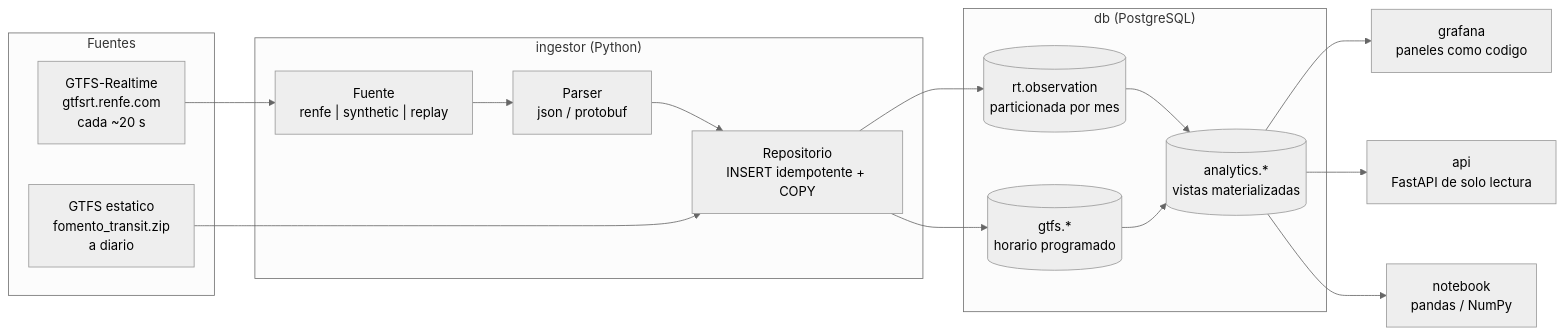
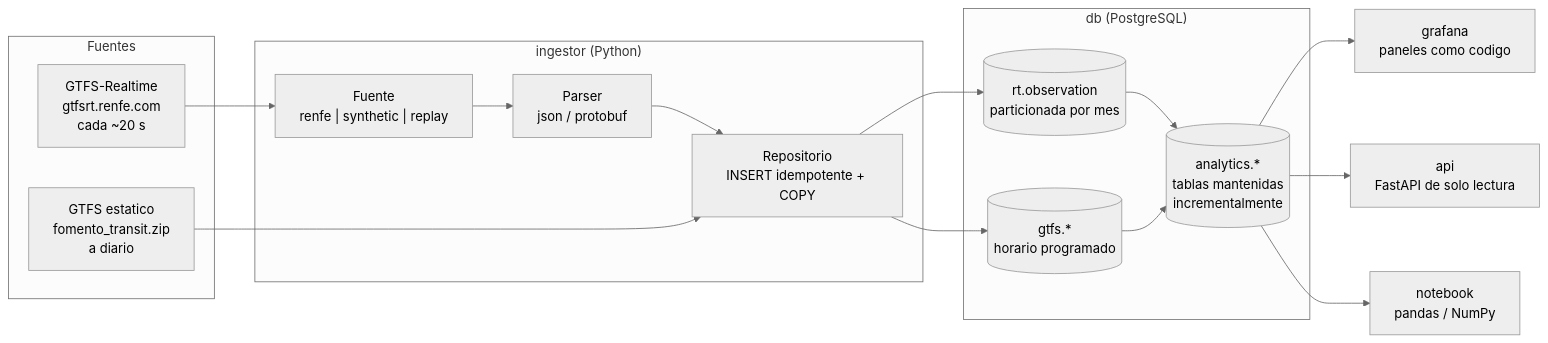
One commit to Abadalina/rodalies-observatorio changed the diagram in docs/ARQUITECTURA.md. Above: the diagram before and after it, drawn with Mermaid (neutral theme). The commit also changed other lines of this file and 11 other files, not shown here.

````diff
--- a/docs/ARQUITECTURA.md
+++ b/docs/ARQUITECTURA.md
@@ -5,33 +5,33 @@
 ```mermaid
 flowchart LR
     subgraph fuentes["Fuentes"]
         RT["GTFS-Realtime<br/>gtfsrt.renfe.com<br/>cada ~20 s"]
         ST["GTFS estatico<br/>fomento_transit.zip<br/>a diario"]
     end
 
     subgraph ingesta["ingestor (Python)"]
         SRC["Fuente<br/>renfe | synthetic | replay"]
         PAR["Parser<br/>json / protobuf"]
         REP["Repositorio<br/>INSERT idempotente + COPY"]
     end
 
     subgraph datos["db (PostgreSQL)"]
         GTFS[("gtfs.*<br/>horario programado")]
         OBS[("rt.observation<br/>particionada por mes")]
-        AN[("analytics.*<br/>vistas materializadas")]
+        AN[("analytics.*<br/>tablas mantenidas<br/>incrementalmente")]
     end
 
     GRA["grafana<br/>paneles como codigo"]
     API["api<br/>FastAPI de solo lectura"]
     NB["notebook<br/>pandas / NumPy"]
 
     RT --> SRC --> PAR --> REP
     ST --> REP
     REP --> OBS
     REP --> GTFS
     OBS --> AN
     GTFS --> AN
     AN --> GRA
     AN --> API
     AN --> NB
 ```
````
